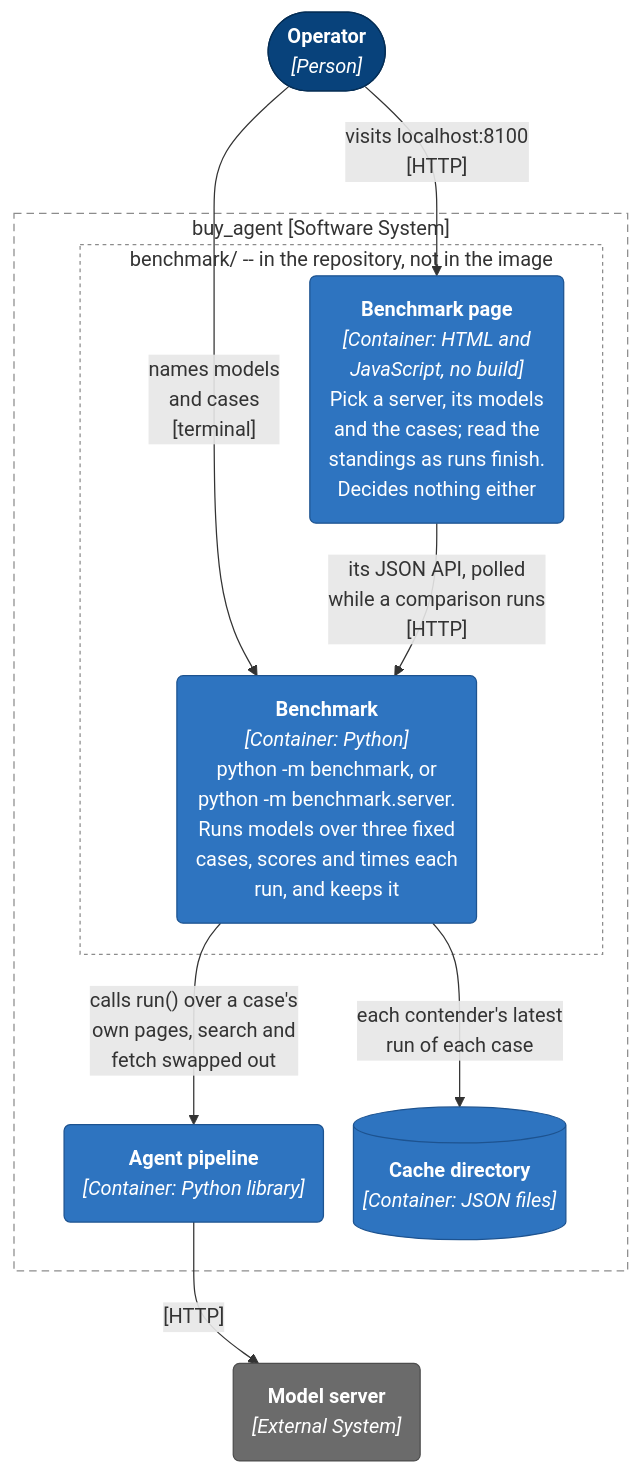
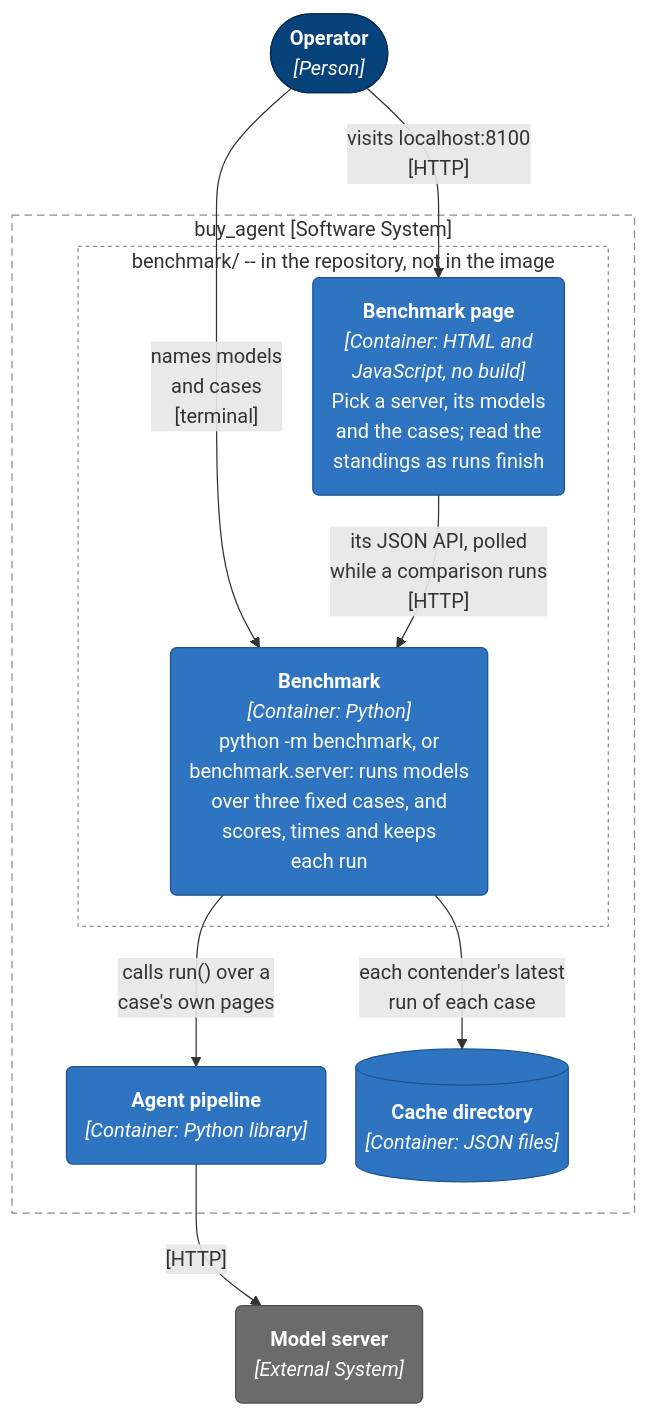
One commit to adamw7/buy_agent changed the fourth of 11 diagrams in docs/architecture.md. Above: the diagram before and after it, drawn with Mermaid. The commit also changed other lines of this file and 6 other files, not shown here.

````diff
--- a/docs/architecture.md
+++ b/docs/architecture.md
@@ -184,40 +180,39 @@
 ```mermaid
 ---
 config:
   flowchart:
     wrappingWidth: 400
     nodeSpacing: 24
     rankSpacing: 50
 ---
 graph TB
     operator(["<b>Operator</b><br/><i>[Person]</i>"])
 
     subgraph system["buy_agent [Software System]"]
         subgraph benchtier["benchmark/ -- in the repository, not in the image"]
-            benchpage("<b>Benchmark page</b><br/><i>[Container: HTML and<br/>JavaScript, no build]</i><br/>Pick a server, its models<br/>and the cases; read the<br/>standings as runs finish.<br/>Decides nothing either")
-            bench("<b>Benchmark</b><br/><i>[Container: Python]</i><br/>python -m benchmark, or<br/>python -m benchmark.server.<br/>Runs models over three fixed<br/>cases, scores and times each<br/>run, and keeps it")
+            benchpage("<b>Benchmark page</b><br/><i>[Container: HTML and<br/>JavaScript, no build]</i><br/>Pick a server, its models<br/>and the cases; read the<br/>standings as runs finish")
+            bench("<b>Benchmark</b><br/><i>[Container: Python]</i><br/>python -m benchmark, or<br/>benchmark.server: runs models<br/>over three fixed cases, and<br/>scores, times and keeps<br/>each run")
         end
         pipeline("<b>Agent pipeline</b><br/><i>[Container: Python library]</i>")
         store[("<b>Cache directory</b><br/><i>[Container: JSON files]</i>")]
     end
 
     ollama("<b>Model server</b><br/><i>[External System]</i>")
 
     operator -->|"visits localhost:8100<br/>[HTTP]"| benchpage
     operator -->|"names models<br/>and cases<br/>[terminal]"| bench
     benchpage -->|"its JSON API, polled<br/>while a comparison runs<br/>[HTTP]"| bench
-    bench -->|"calls run() over a case's<br/>own pages, search and<br/>fetch swapped out"| pipeline
+    bench -->|"calls run() over a<br/>case's own pages"| pipeline
     bench -->|"each contender's latest<br/>run of each case"| store
     pipeline -->|"[HTTP]"| ollama
     store ~~~ ollama
 
     classDef person fill:#08427b,stroke:#052e56,color:#fff
     classDef container fill:#2e74c0,stroke:#1d5390,color:#fff
-    classDef component fill:#85bbf0,stroke:#4f86c0,color:#000
     classDef external fill:#6b6b6b,stroke:#4d4d4d,color:#fff
     class operator person
     class benchpage,bench,pipeline,store container
     class ollama external
     style system fill:none,stroke:#8c8c8c,stroke-width:1px,stroke-dasharray:6 4
     style benchtier fill:none,stroke:#8c8c8c,stroke-width:1px,stroke-dasharray:3 3
 ```
````
